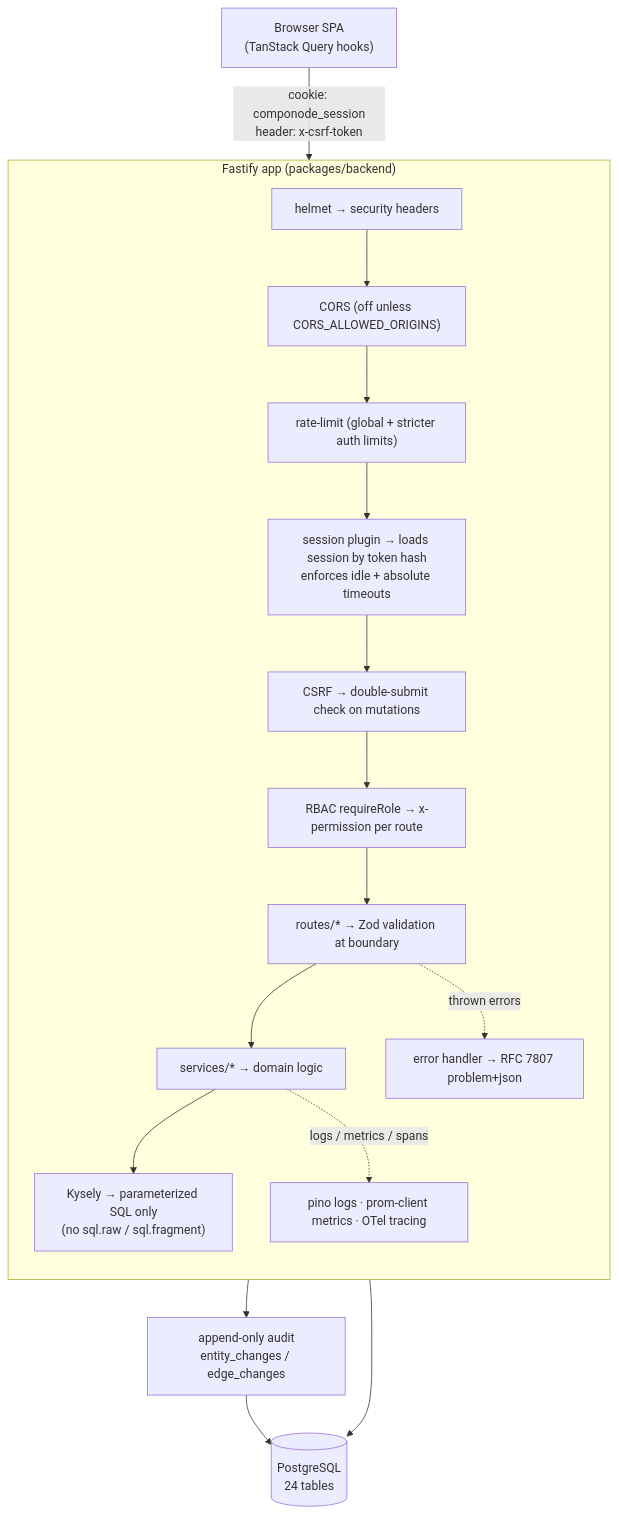
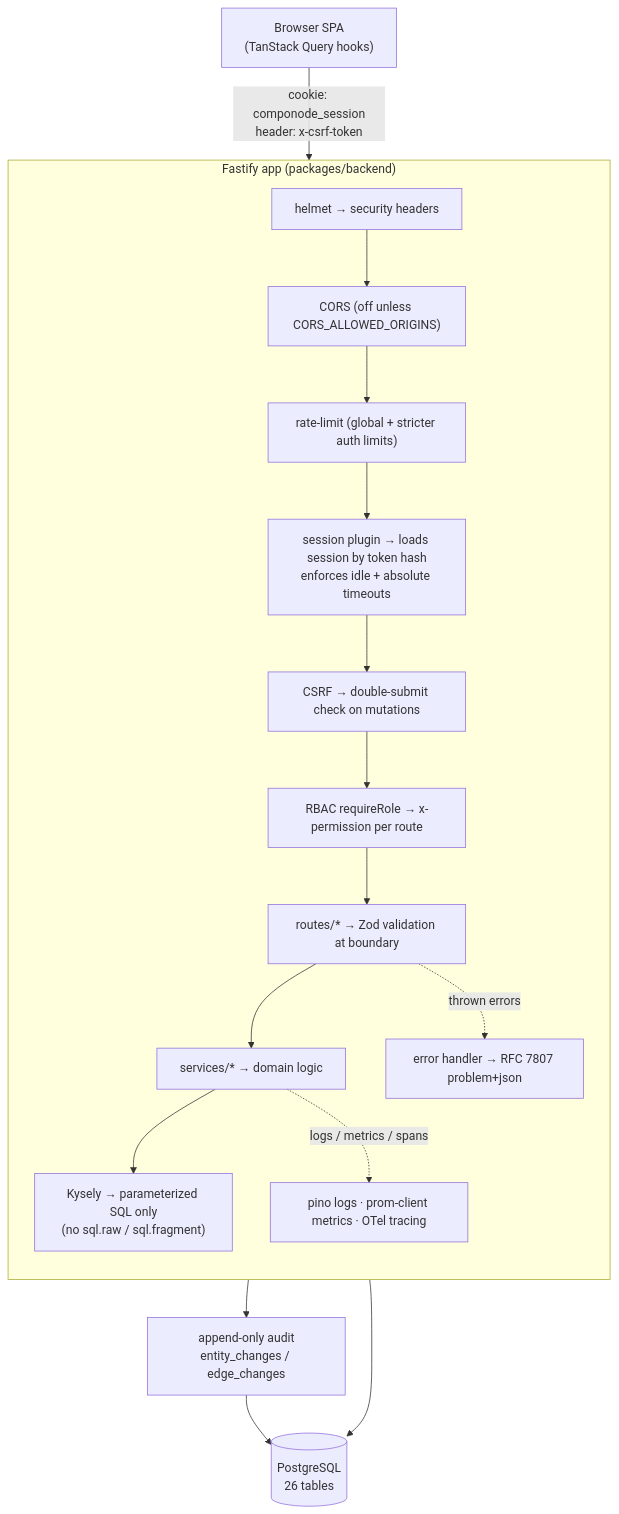
Before and after one commit to Componode/componode: the second of 7 diagrams in docs/architecture.md, drawn with Mermaid. The commit also changed other lines of this file and 9 other files, not shown here.

````diff
--- a/docs/architecture.md
+++ b/docs/architecture.md
@@ -76,28 +76,28 @@
 ```mermaid
 flowchart TD
     B["Browser SPA<br/>(TanStack Query hooks)"]
     B -->|"cookie: componode_session<br/>header: x-csrf-token"| F
 
     subgraph F["Fastify app (packages/backend)"]
         direction TB
         P1["helmet → security headers"]
         P2["CORS (off unless CORS_ALLOWED_ORIGINS)"]
         P3["rate-limit (global + stricter auth limits)"]
         P4["session plugin → loads session by token hash<br/>enforces idle + absolute timeouts"]
         P5["CSRF → double-submit check on mutations"]
         P6["RBAC requireRole → x-permission per route"]
         R["routes/* → Zod validation at boundary"]
         S["services/* → domain logic"]
         K["Kysely → parameterized SQL only<br/>(no sql.raw / sql.fragment)"]
         EH["error handler → RFC 7807 problem+json"]
         OBS["pino logs · prom-client metrics · OTel tracing"]
 
         P1 --> P2 --> P3 --> P4 --> P5 --> P6 --> R --> S --> K
         R -.->|"thrown errors"| EH
         S -.->|"logs / metrics / spans"| OBS
     end
 
-    K --> PG[("PostgreSQL<br/>24 tables")]
+    K --> PG[("PostgreSQL<br/>26 tables")]
     S --> AUD["append-only audit<br/>entity_changes / edge_changes"]
     AUD --> PG
 ```
````
